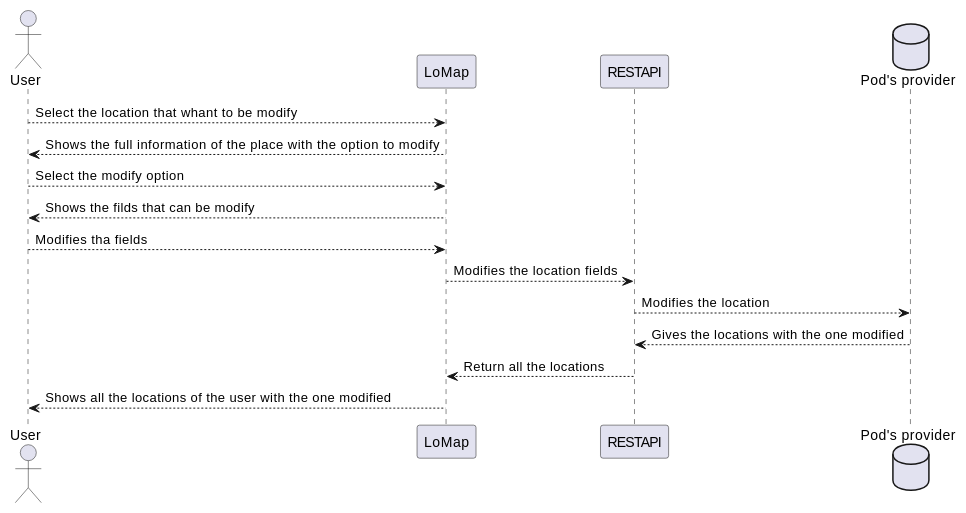
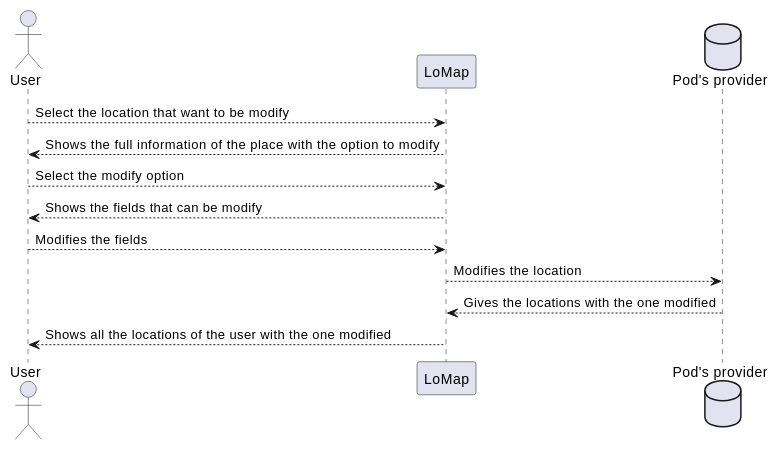
The fifth of 7 diagrams in docs/06_runtime_view.adoc (Arquisoft/lomap_es1c), drawn with PlantUML before and after one commit. The commit also changed other lines of this file, not shown here.

```diff
--- a/docs/06_runtime_view.adoc
+++ b/docs/06_runtime_view.adoc
@@ -113,17 +99,14 @@
 [plantuml,"Sequence diagram modify",png]
 ----
 actor User
 Participant LoMap
-participant ra as "RESTAPI"
 database pod as "Pod's provider"
-User --> LoMap: Select the location that whant to be modify
+User --> LoMap: Select the location that want to be modify
 LoMap --> User: Shows the full information of the place with the option to modify
 User --> LoMap: Select the modify option
-LoMap --> User: Shows the filds that can be modify
-User --> LoMap: Modifies tha fields
-LoMap --> ra: Modifies the location fields
-ra --> pod: Modifies the location
-pod --> ra: Gives the locations with the one modified
-ra --> LoMap: Return all the locations 
+LoMap --> User: Shows the fields that can be modify
+User --> LoMap: Modifies the fields
+LoMap --> pod: Modifies the location
+pod --> LoMap: Gives the locations with the one modified
 LoMap --> User: Shows all the locations of the user with the one modified
 ----
```
